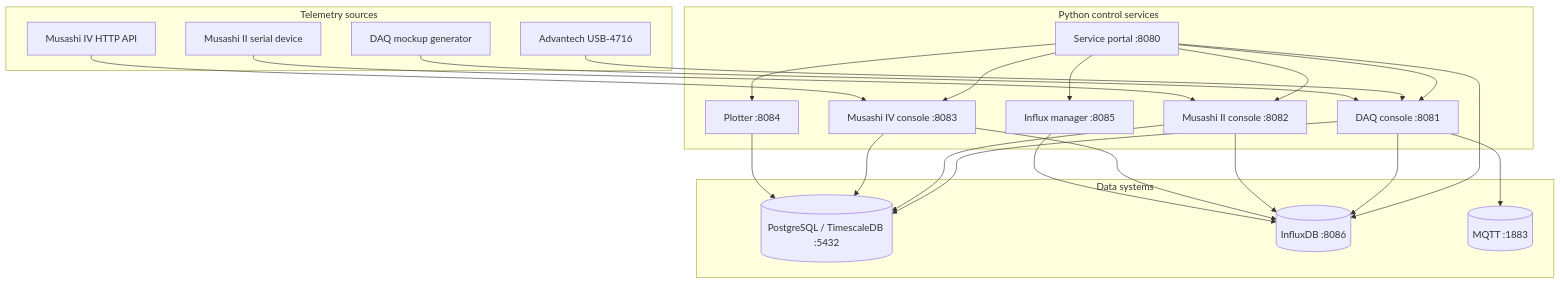
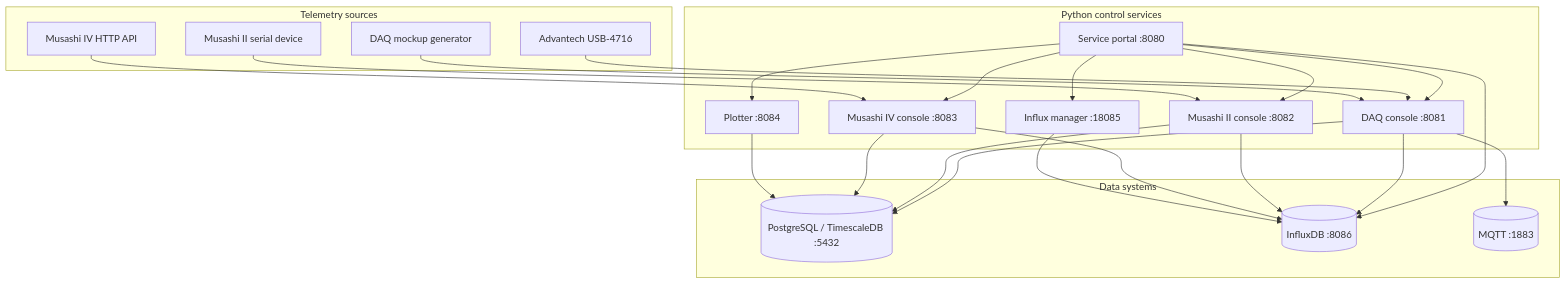
Before and after one commit to Faiisu/MDDP-machine-ingest: the diagram in docs/ARCHITECTURE.md, drawn with Mermaid. The commit also changed 17 other files, not shown here.

````diff
--- a/docs/ARCHITECTURE.md
+++ b/docs/ARCHITECTURE.md
@@ -7,44 +7,44 @@
 ```mermaid
 flowchart TB
     subgraph Devices[Telemetry sources]
         USB[Advantech USB-4716]
         M2[Musashi II serial device]
         M4[Musashi IV HTTP API]
         MOCK[DAQ mockup generator]
     end
 
     subgraph Control[Python control services]
         PORTAL[Service portal :8080]
         DAQ[DAQ console :8081]
         S2[Musashi II console :8082]
         S4[Musashi IV console :8083]
         PLOT[Plotter :8084]
-        IM[Influx manager :8085]
+        IM[Influx manager :18085]
     end
 
     subgraph Data[Data systems]
         PG[(PostgreSQL / TimescaleDB :5432)]
         IN[(InfluxDB :8086)]
         MQ[(MQTT :1883)]
     end
 
     PORTAL --> DAQ
     PORTAL --> S2
     PORTAL --> S4
     PORTAL --> PLOT
     PORTAL --> IM
     PORTAL --> IN
     USB --> DAQ
     MOCK --> DAQ
     M2 --> S2
     M4 --> S4
     DAQ --> PG
     DAQ --> IN
     DAQ --> MQ
     S2 --> PG
     S2 --> IN
     S4 --> PG
     S4 --> IN
     PLOT --> PG
     IM --> IN
 ```
````
